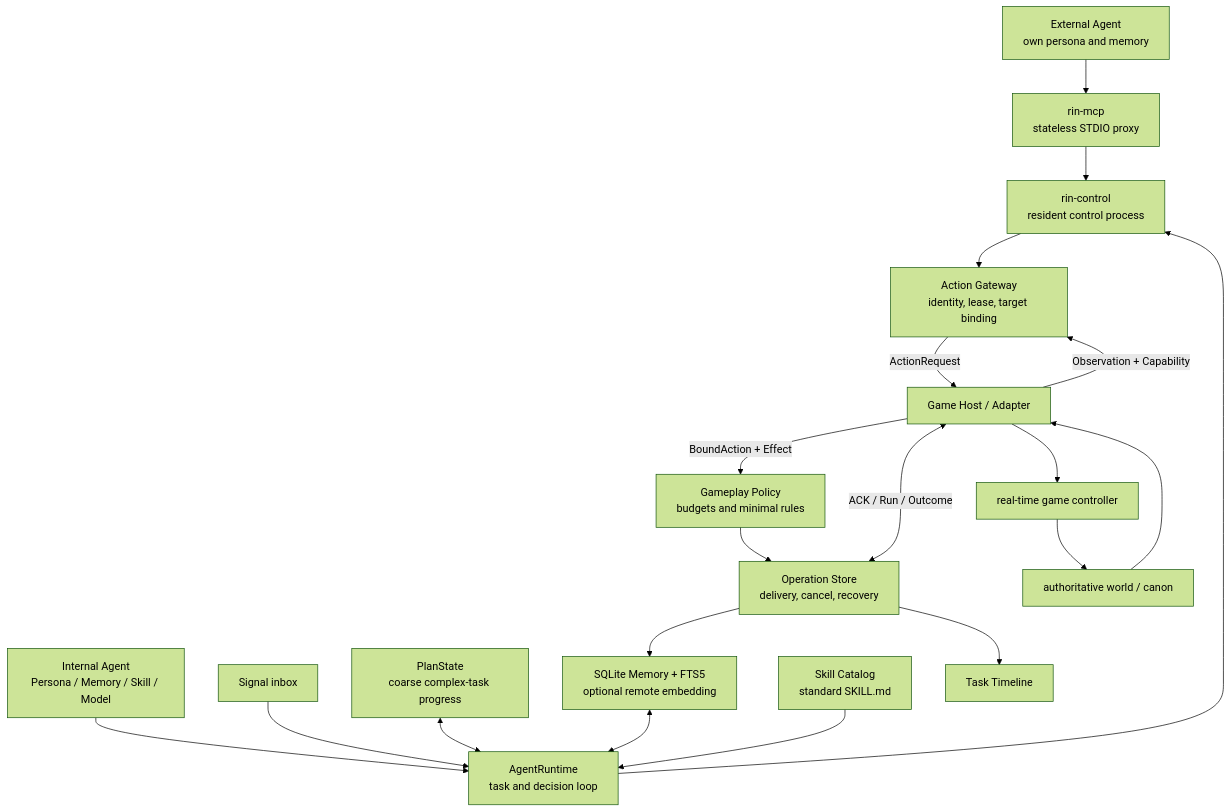
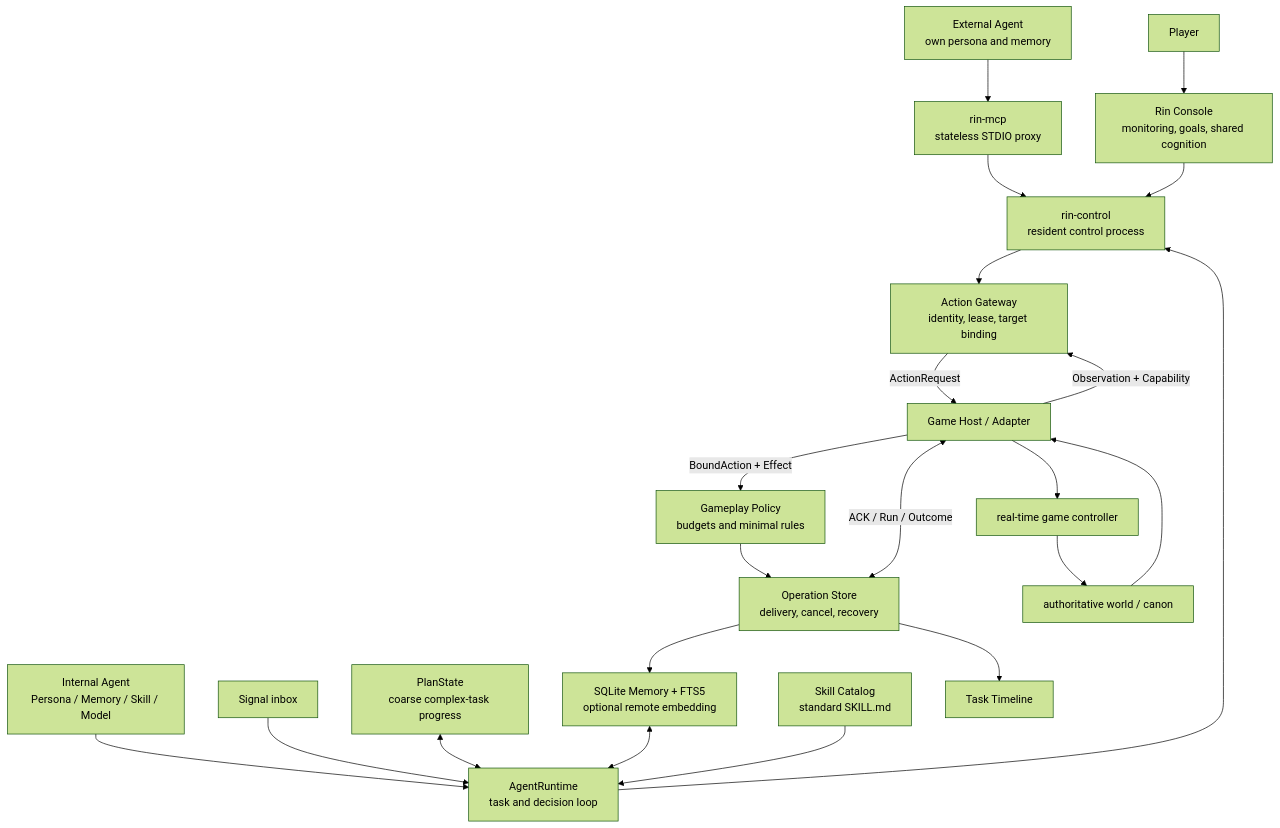
One commit to sunrioa/rin changed the diagram in docs/milestone-a-validation.md. Above: the diagram before and after it, drawn with Mermaid (forest theme). The commit also changed other lines of this file and 11 other files, not shown here.

Commit message:
feat: 完善控制台任务视图与使用文档

````diff
--- a/docs/milestone-a-validation.md
+++ b/docs/milestone-a-validation.md
@@ -23,22 +23,24 @@
 ```mermaid
 flowchart TB
     EXT["External Agent<br/>own persona and memory"] --> MCP["rin-mcp<br/>stateless STDIO proxy"]
+    USER["Player"] --> CONSOLE["Rin Console<br/>monitoring, goals, shared cognition"]
     INT["Internal Agent<br/>Persona / Memory / Skill / Model"] --> LOOP["AgentRuntime<br/>task and decision loop"]
     SIGNAL["Signal inbox"] --> LOOP
     MCP --> CTRL["rin-control<br/>resident control process"]
+    CONSOLE --> CTRL
     LOOP --> CTRL
     CTRL --> GATE["Action Gateway<br/>identity, lease, target binding"]
     PLAN["PlanState<br/>coarse complex-task progress"] <--> LOOP
     MEM["SQLite Memory + FTS5<br/>optional remote embedding"] <--> LOOP
     SKILL["Skill Catalog<br/>standard SKILL.md"] --> LOOP
     HOST["Game Host / Adapter"] -->|"Observation + Capability"| GATE
     GATE -->|"ActionRequest"| HOST
     HOST -->|"BoundAction + Effect"| POLICY["Gameplay Policy<br/>budgets and minimal rules"]
     POLICY --> OPS["Operation Store<br/>delivery, cancel, recovery"]
     OPS <-->|"ACK / Run / Outcome"| HOST
     HOST --> ENGINE["real-time game controller"]
     ENGINE --> WORLD["authoritative world / canon"]
     WORLD --> HOST
     OPS --> TIMELINE["Task Timeline"]
     OPS --> MEM
 ```
````
